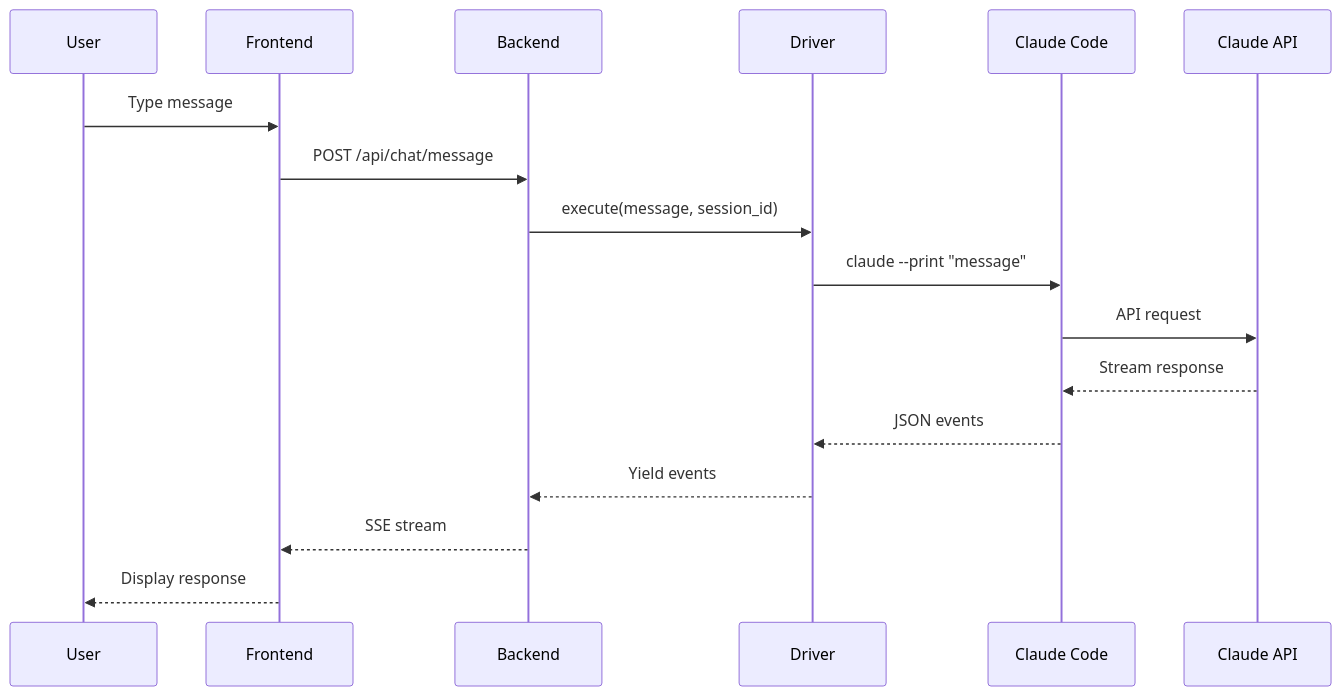
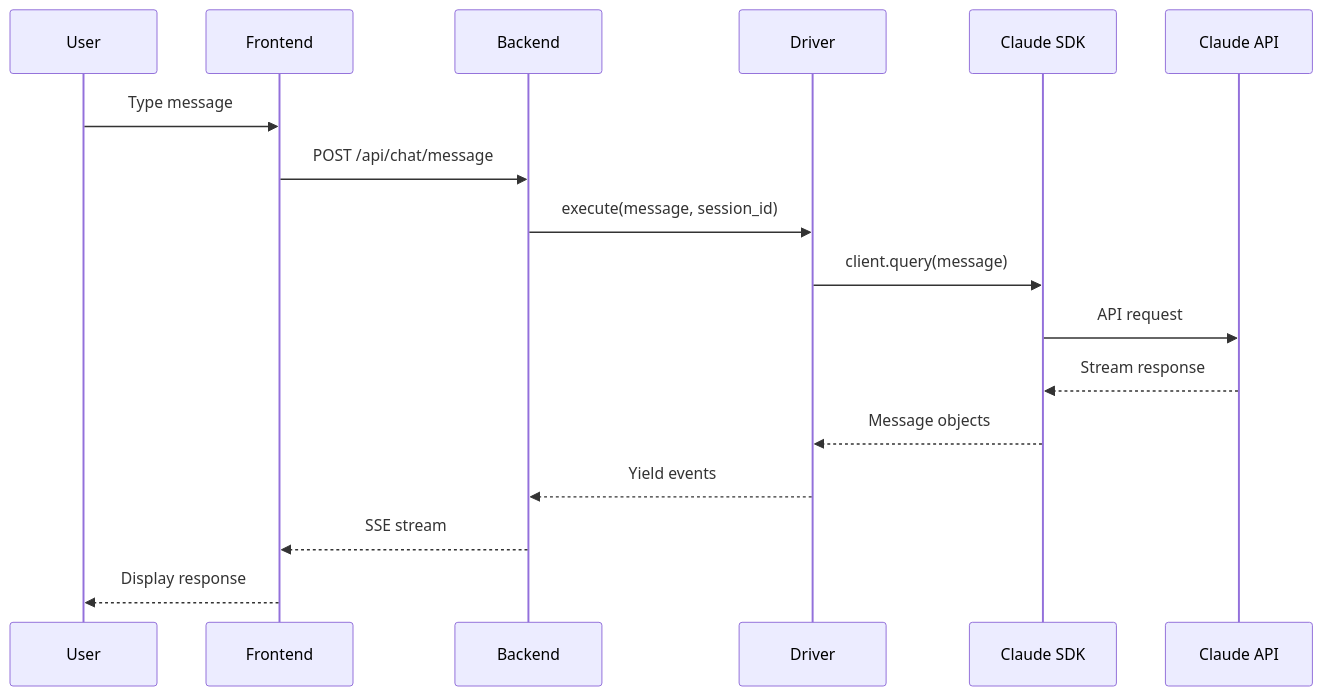
Before and after one commit to zhu1090093659/solo-agent-agile-template: the fourth of 8 diagrams in docs/ARCHITECTURE.md, drawn with Mermaid. The commit also changed other lines of this file and 18 other files, not shown here.

Commit message:
Add documentation for the Python Agent SDK, including installation instructions, usage examples, and detailed API reference. Update existing files to reflect the transition from Claude Code CLI to Claude Agent SDK, ensuring clarity in architecture and setup processes.

````diff
--- a/docs/ARCHITECTURE.md
+++ b/docs/ARCHITECTURE.md
@@ -133,20 +133,20 @@
 ```mermaid
 sequenceDiagram
     participant U as User
     participant F as Frontend
     participant B as Backend
     participant D as Driver
-    participant C as Claude Code
+    participant S as Claude SDK
     participant A as Claude API
 
     U->>F: Type message
     F->>B: POST /api/chat/message
     B->>D: execute(message, session_id)
-    D->>C: claude --print "message"
-    C->>A: API request
-    A-->>C: Stream response
-    C-->>D: JSON events
+    D->>S: client.query(message)
+    S->>A: API request
+    A-->>S: Stream response
+    S-->>D: Message objects
     D-->>B: Yield events
     B-->>F: SSE stream
     F-->>U: Display response
 ```
````
